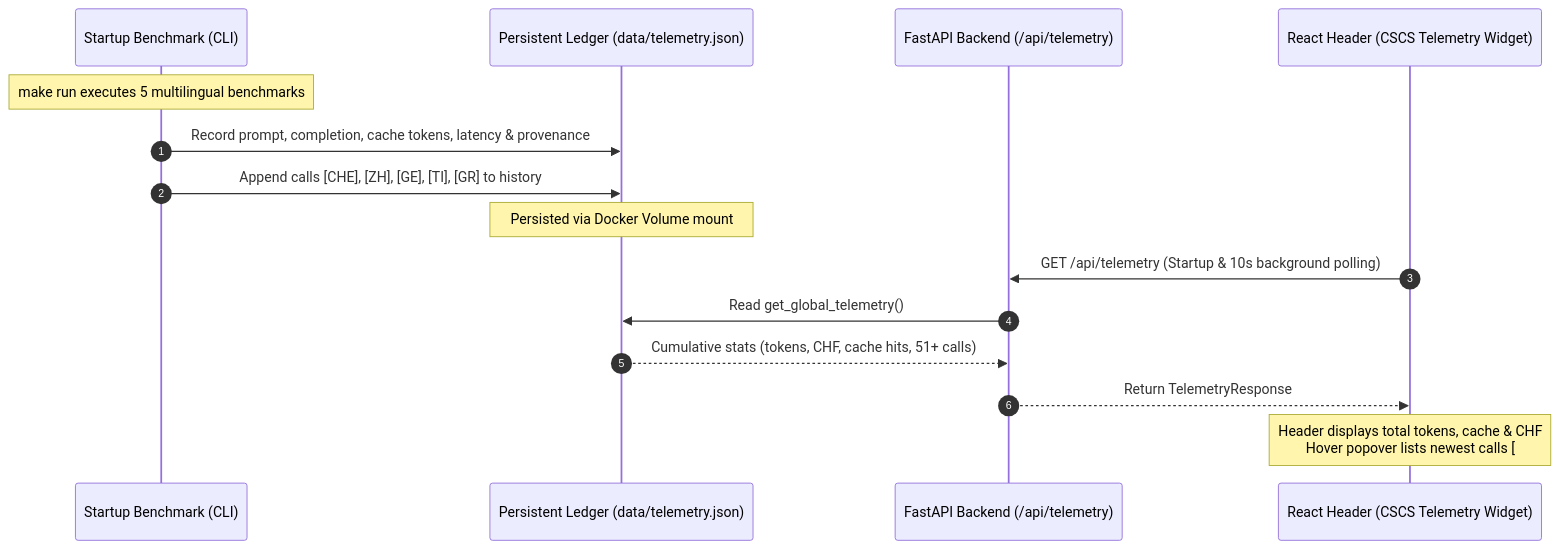
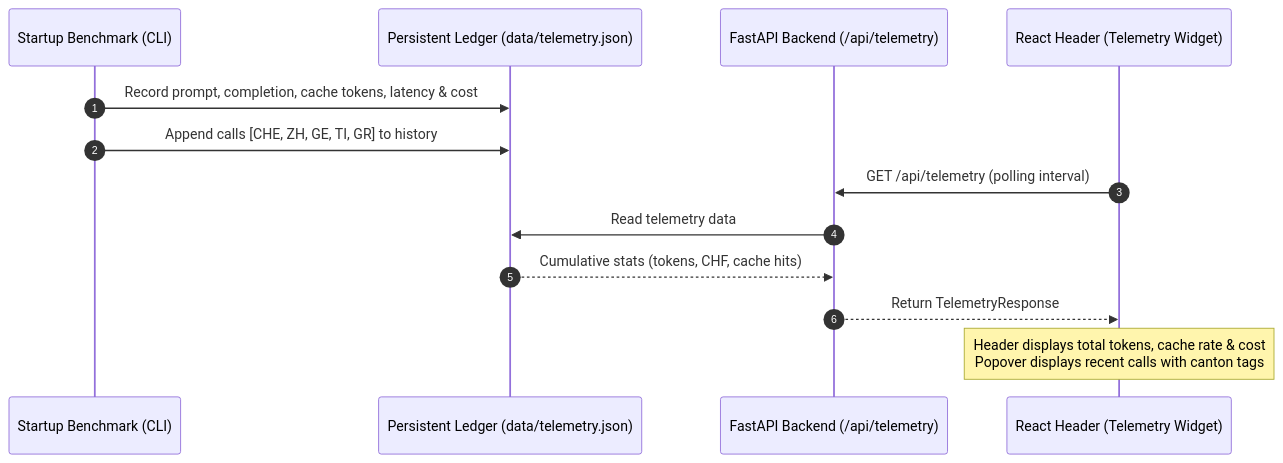
The fourth of 4 diagrams in track_2a/docs/architecture.md (vero-code/severin), drawn with Mermaid before and after one commit. The commit also changed other lines of this file and 6 other files, not shown here.

Commit message:
docs: refine report, architecture, READMEs for scientific clarity

````diff
--- a/track_2a/docs/architecture.md
+++ b/track_2a/docs/architecture.md
@@ -241,18 +225,16 @@
 ```mermaid
 sequenceDiagram
     autonumber
     participant CLI as Startup Benchmark (CLI)
     participant Disk as Persistent Ledger (data/telemetry.json)
     participant API as FastAPI Backend (/api/telemetry)
-    participant UI as React Header (CSCS Telemetry Widget)
+    participant UI as React Header (Telemetry Widget)
 
-    Note over CLI: make run executes 5 multilingual benchmarks
-    CLI->>Disk: Record prompt, completion, cache tokens, latency & provenance
-    CLI->>Disk: Append calls [CHE], [ZH], [GE], [TI], [GR] to history
-    Note over Disk: Persisted via Docker Volume mount
-    UI->>API: GET /api/telemetry (Startup & 10s background polling)
-    API->>Disk: Read get_global_telemetry()
-    Disk-->>API: Cumulative stats (tokens, CHF, cache hits, 51+ calls)
+    CLI->>Disk: Record prompt, completion, cache tokens, latency & cost
+    CLI->>Disk: Append calls [CHE, ZH, GE, TI, GR] to history
+    UI->>API: GET /api/telemetry (polling interval)
+    API->>Disk: Read telemetry data
+    Disk-->>API: Cumulative stats (tokens, CHF, cache hits)
     API-->>UI: Return TelemetryResponse
-    Note over UI: Header displays total tokens, cache & CHF<br/>Hover popover lists newest calls [#51...#47] with canton badges
+    Note over UI: Header displays total tokens, cache rate & cost<br/>Popover displays recent calls with canton tags
 ```
````
